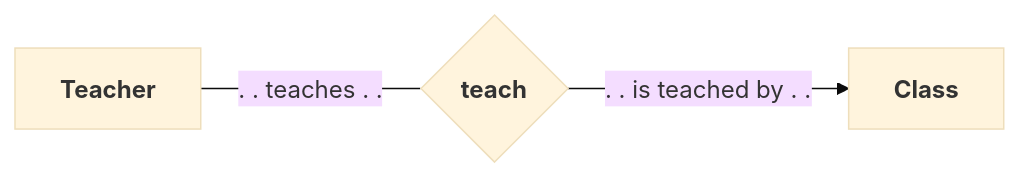
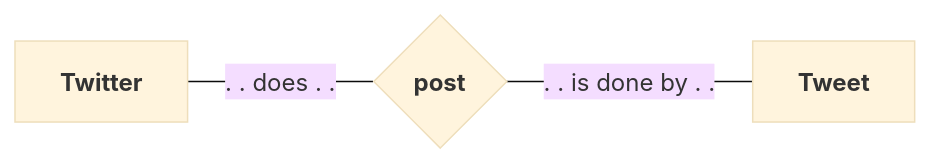
One commit to angelromarco04/MyNotes changed the second of 2 diagrams in Programming/Databases/data/Theory/ERModel.md. Above: the diagram before and after it, drawn with Mermaid (base theme).

Commit message:
vault backup: 2024-03-17 18:38:50

````diff
--- a/Programming/Databases/data/Theory/ERModel.md
+++ b/Programming/Databases/data/Theory/ERModel.md
@@ -40,9 +40,9 @@
 ```mermaid
 flowchart LR
-	id1-- ". . teaches . ." ---id2
-	id2-- ". . is teached by . ."-->id3
+	id1-- ". . does . ." ---id2
+	id2-- ". . is done by . ."---id3
 
-	id1["`**Teacher**`"]
-	id2{"`**teach**`"}
-	id3["`**Class**`"]
+	id1["`**Twitter**`"]
+	id2{"`**post**`"}
+	id3["`**Tweet**`"]
 ```
````
